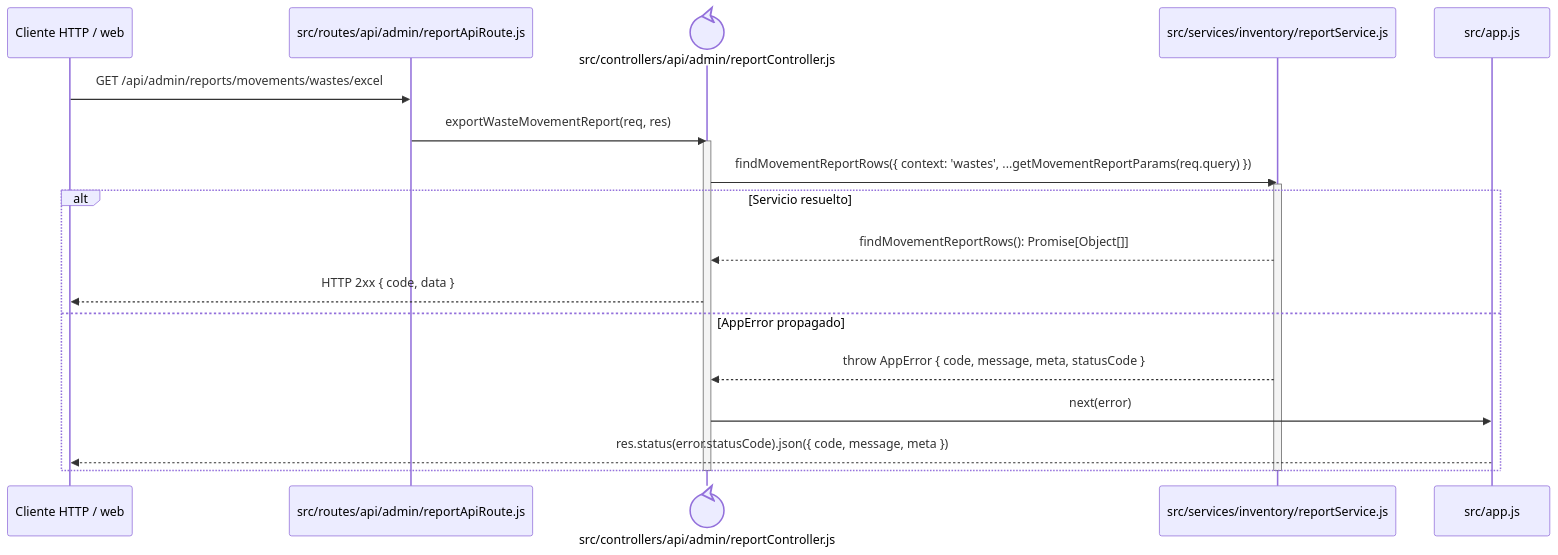
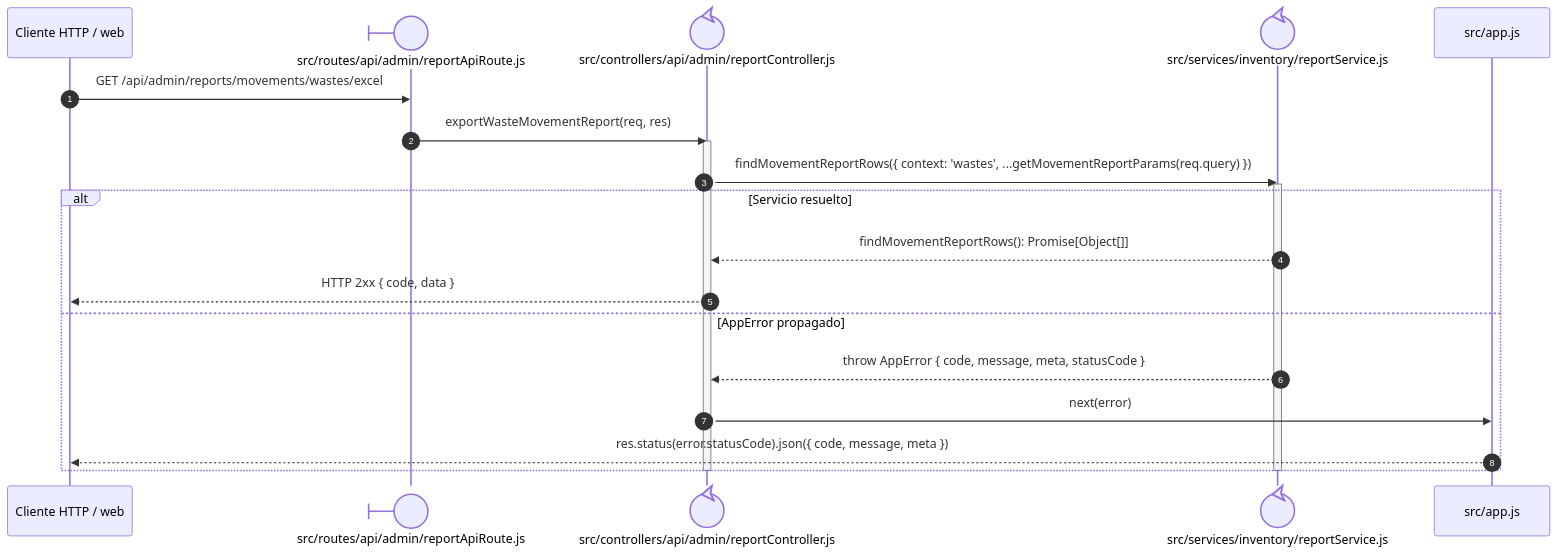
The diagram in docs/architecture/views/processes/backend-code-sequences/catalogs/cu-alm-16.md (gpgsistemas01/nexus), drawn with Mermaid before and after one commit. The commit also changed 198 other files, not shown here.

Commit message:
docs: mejorar notación UML y distribución de diagramas Mermaid

````diff
--- a/docs/architecture/views/processes/backend-code-sequences/catalogs/cu-alm-16.md
+++ b/docs/architecture/views/processes/backend-code-sequences/catalogs/cu-alm-16.md
@@ -6,24 +6,25 @@
 ```mermaid
 sequenceDiagram
+    autonumber
     participant Client as Cliente HTTP / web
-    participant Route as src/routes/api/admin/reportApiRoute.js
+    participant Route@{ "type": "boundary" } as src/routes/api/admin/reportApiRoute.js
     participant Controller@{ "type": "control" } as src/controllers/api/admin/reportController.js
-    participant Domain as src/services/inventory/reportService.js
+    participant Domain@{ "type": "control" } as src/services/inventory/reportService.js
     participant ErrorHandler as src/app.js
 
     Client->>Route: GET /api/admin/reports/movements/wastes/excel
     Route->>Controller: exportWasteMovementReport(req, res)
     activate Controller
     Controller->>Domain: findMovementReportRows({ context: 'wastes', ...getMovementReportParams(req.query) })
     activate Domain
     alt Servicio resuelto
         Domain-->>Controller: findMovementReportRows(): Promise[Object[]]
         Controller-->>Client: HTTP 2xx { code, data }
     else AppError propagado
         Domain-->>Controller: throw AppError { code, message, meta, statusCode }
         Controller->>ErrorHandler: next(error)
         ErrorHandler-->>Client: res.status(error.statusCode).json({ code, message, meta })
     end
     deactivate Domain
     deactivate Controller
 ```
````
